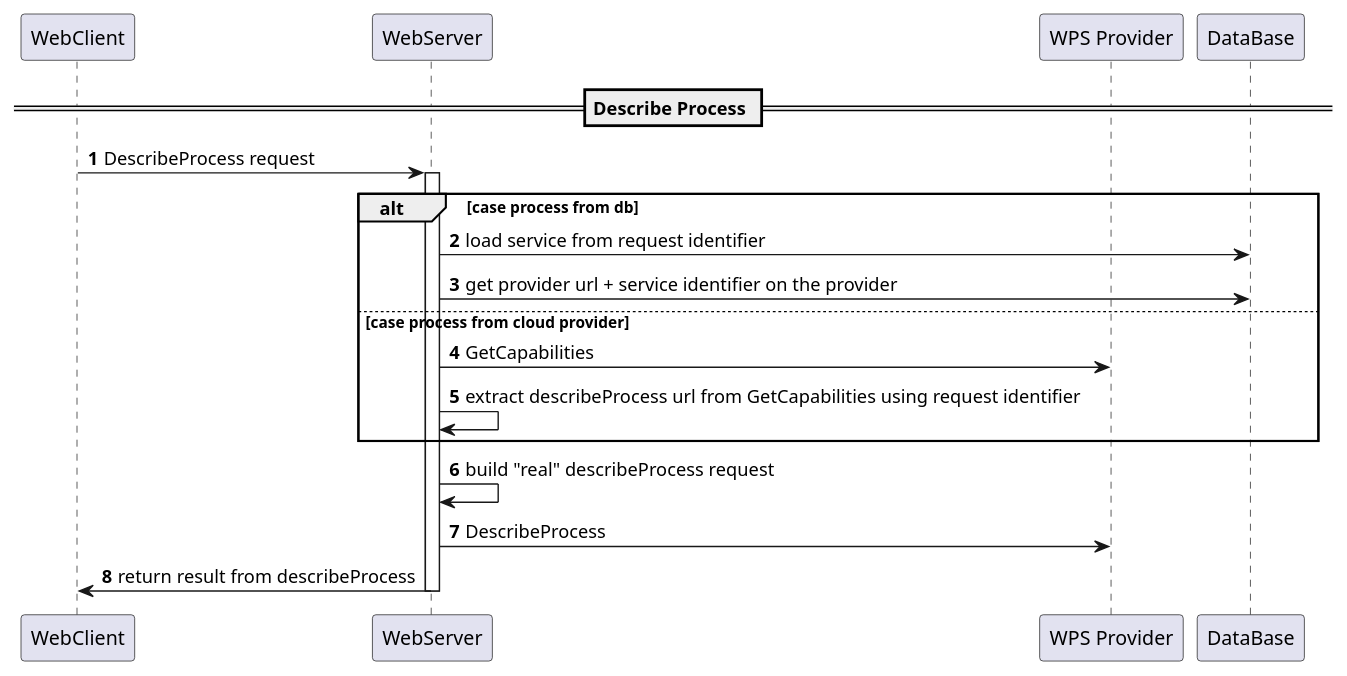
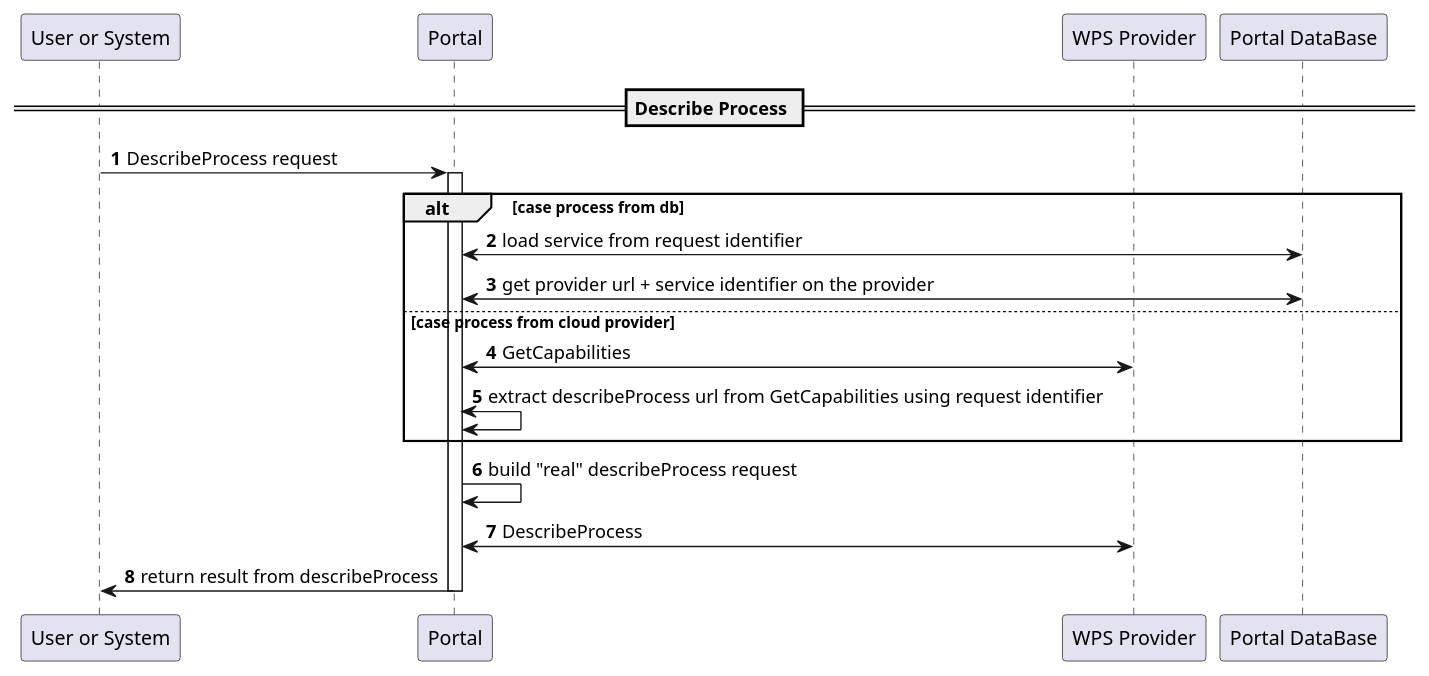
One commit to urban-tep/DDF-SDD changed the second of 6 diagrams in source/groups/group___core_w_p_s.rst. Above: the diagram before and after it, drawn with PlantUML. The commit also changed other lines of this file and 23 other files, not shown here.

```diff
--- a/source/groups/group___core_w_p_s.rst
+++ b/source/groups/group___core_w_p_s.rst
@@ -75,27 +75,27 @@
 .. uml::
 	:caption: WPS Service Analysis Sequence Diagram - Describe Process
 	:align: center
 
 
-	participant "WebClient" as WC
-	participant "WebServer" as WS
+	participant "User or System" as WC
+	participant "Portal" as WS
 	participant "WPS Provider" as P
-	participant "DataBase" as DB
+	participant "Portal DataBase" as DB
 	
 	autonumber
 	
 	== Describe Process ==
 	
 	WC -> WS: DescribeProcess request
 	activate WS
 	alt case process from db
-	    WS -> DB: load service from request identifier
-	    WS -> DB: get provider url + service identifier on the provider
+	    WS <-> DB: load service from request identifier
+	    WS <-> DB: get provider url + service identifier on the provider
 	else case process from cloud provider
-	    WS -> P: GetCapabilities
-	    WS -> WS: extract describeProcess url from GetCapabilities using request identifier
+	    WS <-> P: GetCapabilities
+	    WS <-> WS: extract describeProcess url from GetCapabilities using request identifier
 	end
 	WS -> WS: build "real" describeProcess request
-	WS -> P: DescribeProcess
+	WS <-> P: DescribeProcess
 	WS -> WC: return result from describeProcess
 	deactivate WS
```
